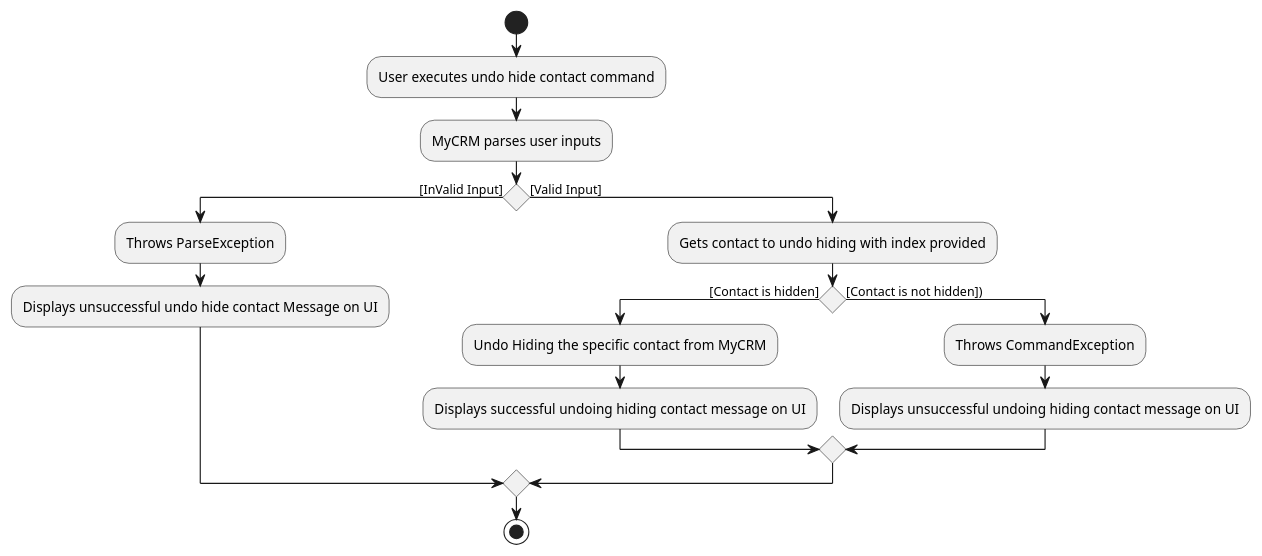
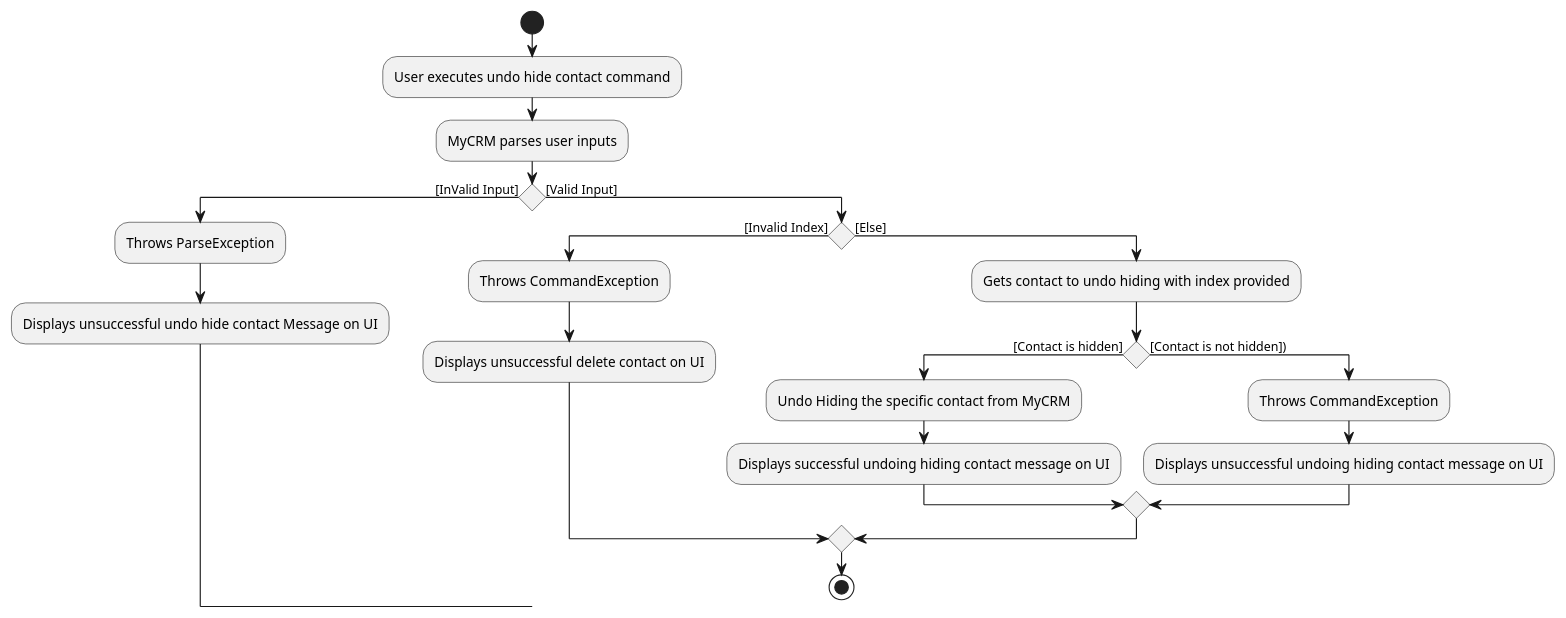
One commit to ooawagaeri/tp changed the diagram in docs/diagrams/contact/UndoHideContactActivityDiagram.puml. Above: the diagram before and after it, drawn with PlantUML. The commit also changed 9 other files, not shown here.

Commit message:
Add more details in contact diagrams.

```diff
--- a/docs/diagrams/contact/UndoHideContactActivityDiagram.puml
+++ b/docs/diagrams/contact/UndoHideContactActivityDiagram.puml
@@ -1,19 +1,23 @@
 @startuml
 start
 :User executes undo hide contact command;
 :MyCRM parses user inputs;
 if () then ([InValid Input])
     :Throws ParseException;
     :Displays unsuccessful undo hide contact Message on UI;
 else ([Valid Input])
+if () then ([Invalid Index])
+    :Throws CommandException;
+    :Displays unsuccessful delete contact on UI;
+else ([Else])
 :Gets contact to undo hiding with index provided;
 if () then ([Contact is hidden])
 :Undo Hiding the specific contact from MyCRM;
 :Displays successful undoing hiding contact message on UI;
 else ([Contact is not hidden]))
 :Throws CommandException;
 :Displays unsuccessful undoing hiding contact message on UI;
 endif
 endif
 stop
 @enduml
```
